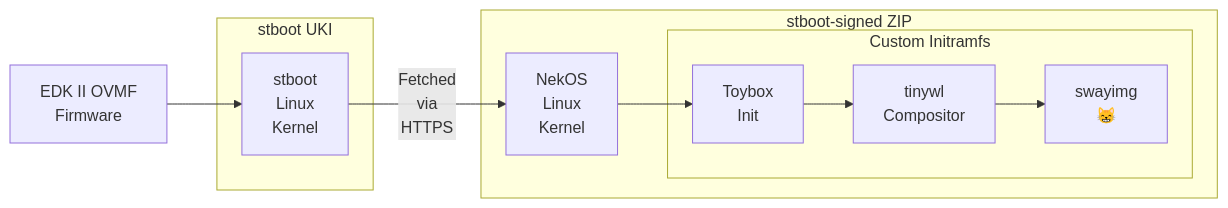
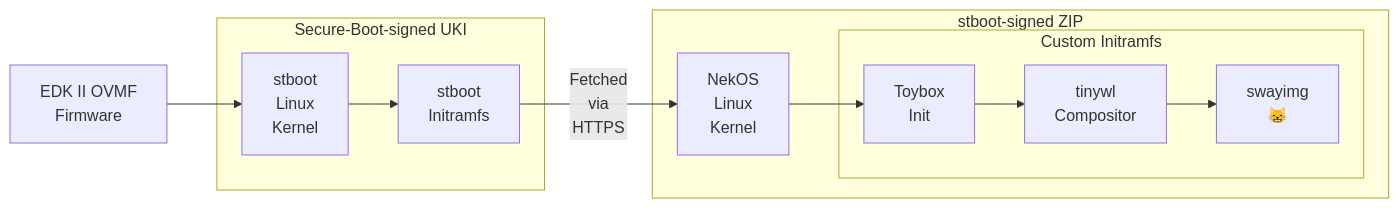
The second of 2 diagrams in README.md (alexhaydock/NekOS), drawn with Mermaid before and after one commit. The commit also changed other lines of this file and 7 other files, not shown here.

Commit message:
Add signing for stboot UKI

````diff
--- a/README.md
+++ b/README.md
@@ -58,16 +58,16 @@
 ```mermaid
 flowchart LR
     fw[EDK II OVMF<br>Firmware] --> sbkern
-    subgraph stboot UKI
-        sbkern[stboot<br>Linux<br>Kernel]
+    subgraph Secure-Boot-signed UKI
+        sbkern[stboot<br>Linux<br>Kernel]-->sbinit[stboot<br>Initramfs]
     end
-    sbkern --Fetched<br>via<br>HTTPS--> kernel[NekOS<br>Linux<br>Kernel]
+    sbinit --Fetched<br>via<br>HTTPS--> kernel[NekOS<br>Linux<br>Kernel]
     subgraph stboot-signed ZIP
         subgraph Custom Initramfs 
             init[Toybox<br>Init]
             init --> tinywl[tinywl<br>Compositor]
             tinywl --> swayimg[swayimg<br>😸]
         end
         kernel --> init
     end
 ```
````
